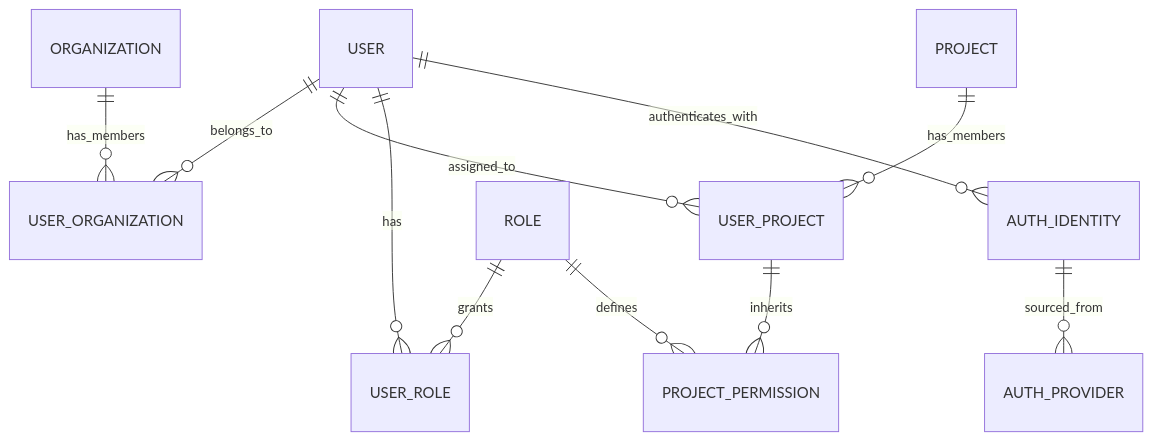
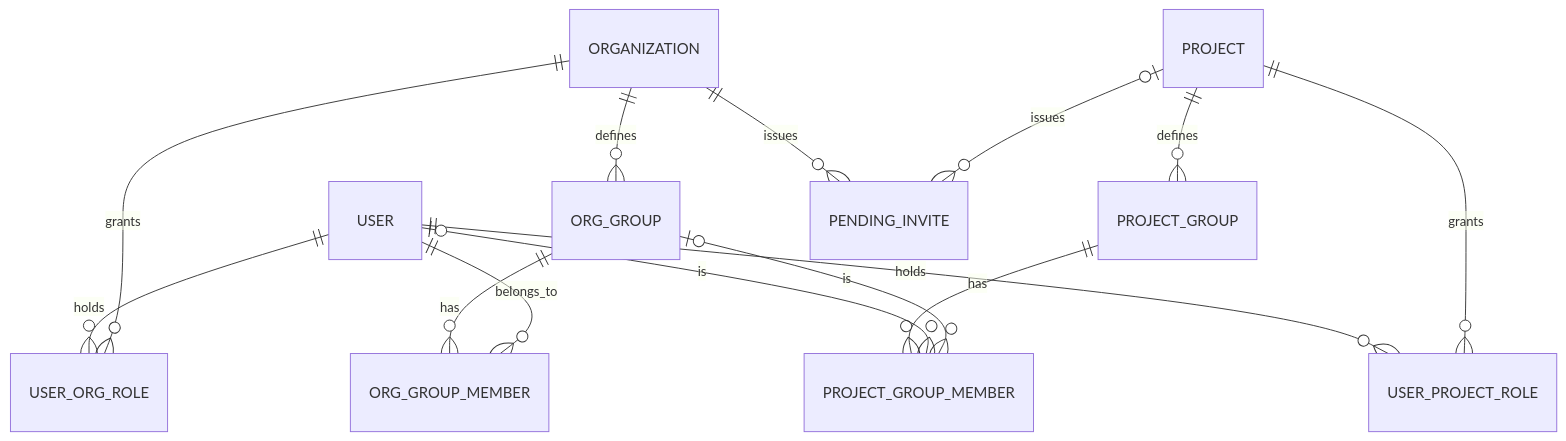
Before and after one commit to ballardr/reqtrackmanager: the sixth of 7 diagrams in docs/solution-architecture.md, drawn with Mermaid. The commit also changed other lines of this file and 82 other files, not shown here.

````diff
--- a/docs/solution-architecture.md
+++ b/docs/solution-architecture.md
@@ -275,13 +309,16 @@
 ```mermaid
 erDiagram
-    USER ||--o{ USER_ORGANIZATION : belongs_to
-    ORGANIZATION ||--o{ USER_ORGANIZATION : has_members
-    USER ||--o{ USER_PROJECT : assigned_to
-    PROJECT ||--o{ USER_PROJECT : has_members
-    ROLE ||--o{ USER_ROLE : grants
-    USER ||--o{ USER_ROLE : has
-    USER ||--o{ AUTH_IDENTITY : authenticates_with
-    AUTH_IDENTITY ||--o{ AUTH_PROVIDER : sourced_from
-    USER_PROJECT ||--o{ PROJECT_PERMISSION : inherits
-    ROLE ||--o{ PROJECT_PERMISSION : defines
+    USER ||--o{ USER_ORG_ROLE : holds
+    ORGANIZATION ||--o{ USER_ORG_ROLE : grants
+    USER ||--o{ USER_PROJECT_ROLE : holds
+    PROJECT ||--o{ USER_PROJECT_ROLE : grants
+    ORGANIZATION ||--o{ ORG_GROUP : defines
+    ORG_GROUP ||--o{ ORG_GROUP_MEMBER : has
+    USER ||--o{ ORG_GROUP_MEMBER : belongs_to
+    PROJECT ||--o{ PROJECT_GROUP : defines
+    PROJECT_GROUP ||--o{ PROJECT_GROUP_MEMBER : has
+    USER |o--o{ PROJECT_GROUP_MEMBER : is
+    ORG_GROUP |o--o{ PROJECT_GROUP_MEMBER : is
+    ORGANIZATION ||--o{ PENDING_INVITE : issues
+    PROJECT |o--o{ PENDING_INVITE : issues
 ```
````
